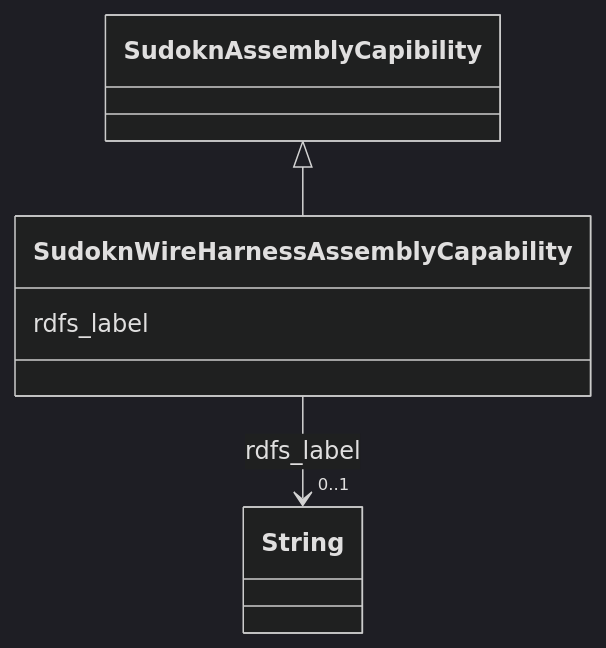
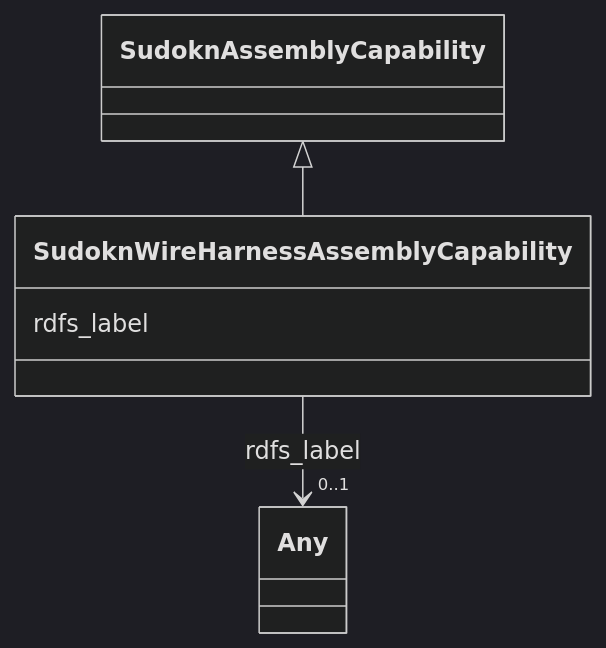
One commit to frink-okn/graph-descriptions changed the diagram in sudokn-kg/classes/SudoknWireHarnessAssemblyCapability.md. Above: the diagram before and after it, drawn with Mermaid (dark theme). The commit also changed other lines of this file and 903 other files, not shown here.

````diff
--- a/sudokn-kg/classes/SudoknWireHarnessAssemblyCapability.md
+++ b/sudokn-kg/classes/SudoknWireHarnessAssemblyCapability.md
@@ -23,18 +18,18 @@
 ```mermaid
  classDiagram
     class SudoknWireHarnessAssemblyCapability
     click SudoknWireHarnessAssemblyCapability href "../SudoknWireHarnessAssemblyCapability"
-      SudoknAssemblyCapibility <|-- SudoknWireHarnessAssemblyCapability
-        click SudoknAssemblyCapibility href "../SudoknAssemblyCapibility"
+      SudoknAssemblyCapability <|-- SudoknWireHarnessAssemblyCapability
+        click SudoknAssemblyCapability href "../SudoknAssemblyCapability"
       
       SudoknWireHarnessAssemblyCapability : rdfs_label
         
           
     
     
-    SudoknWireHarnessAssemblyCapability --> "0..1" String : rdfs_label
-    click String href "../String"
+    SudoknWireHarnessAssemblyCapability --> "0..1" Any : rdfs_label
+    click Any href "../Any"
 
         
       
 ```
````
